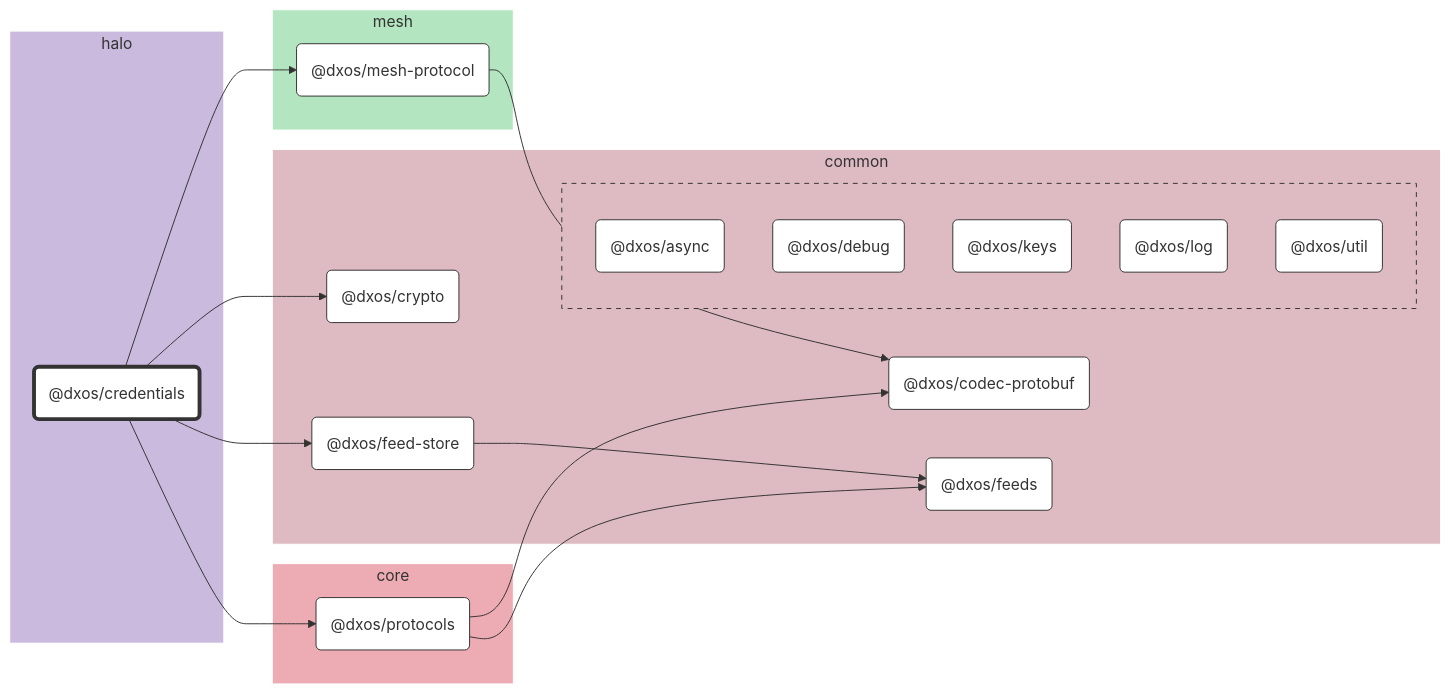
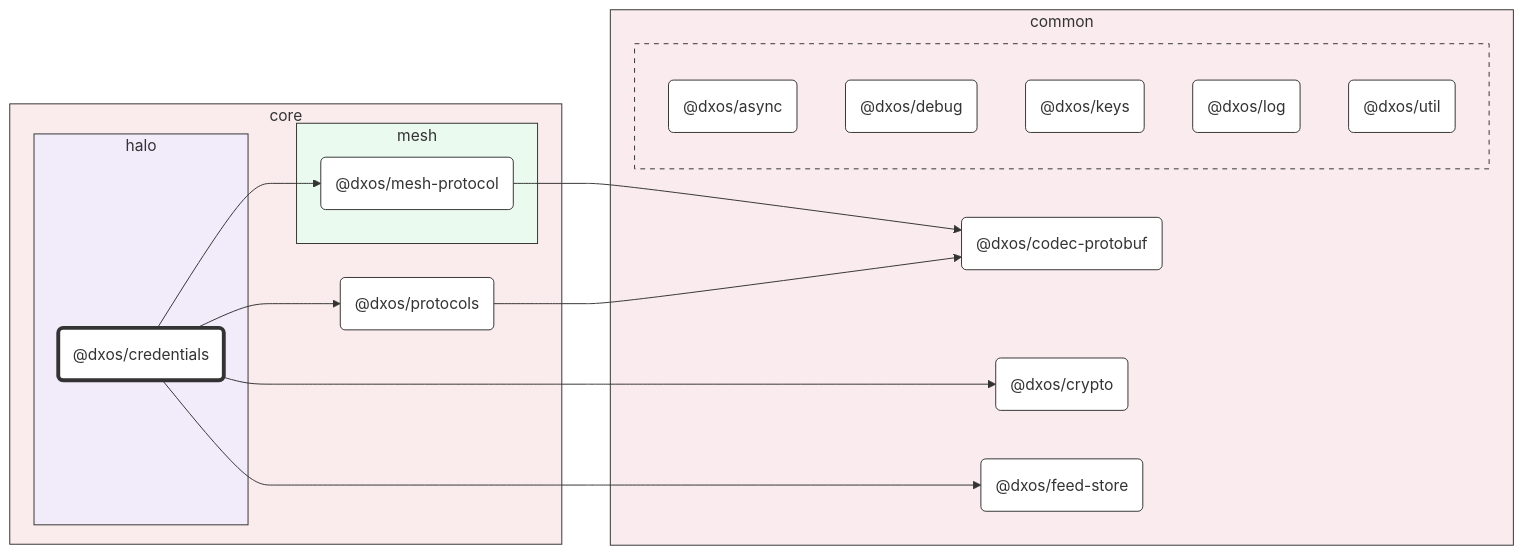
The diagram in packages/core/halo/credentials/docs/README.md (dxos/dxos), drawn with Mermaid before and after one commit. The commit also changed other lines of this file and 93 other files, not shown here.

First line of the commit message:
chore: hierarchical graphs. (#1583)

````diff
--- a/packages/core/halo/credentials/docs/README.md
+++ b/packages/core/halo/credentials/docs/README.md
@@ -7,66 +7,62 @@
 ```mermaid
 %%{ init: {'flowchart':{'curve':'basis'}} }%%
 
 flowchart LR
 
 %% Classes
 classDef def fill:#fff,stroke:#333,stroke-width:1px
 classDef root fill:#fff,stroke:#333,stroke-width:4px
 
 %% Nodes
 
-subgraph halo [halo]
-  style halo fill:#cabade,stroke:#fff
-  dxos/credentials("@dxos/credentials"):::root
-  click dxos/credentials "dxos/dxos/tree/main/packages/core/halo/credentials/docs"
+subgraph core [core]
+  style core fill:#faebec,stroke:#333
+  dxos/protocols("@dxos/protocols"):::def
+  click dxos/protocols "dxos/dxos/tree/main/packages/core/protocols/docs"
+
+  subgraph halo [halo]
+    style halo fill:#f1ebfa,stroke:#333
+    dxos/credentials("@dxos/credentials"):::root
+    click dxos/credentials "dxos/dxos/tree/main/packages/core/halo/credentials/docs"
+  end
+
+  subgraph mesh [mesh]
+    style mesh fill:#ebfaef,stroke:#333
+    dxos/mesh-protocol("@dxos/mesh-protocol"):::def
+    click dxos/mesh-protocol "dxos/dxos/tree/main/packages/core/mesh/mesh-protocol/docs"
+  end
 end
 
 subgraph common [common]
-  style common fill:#debac2,stroke:#fff
+  style common fill:#faebee,stroke:#333
   dxos/codec-protobuf("@dxos/codec-protobuf"):::def
   click dxos/codec-protobuf "dxos/dxos/tree/main/packages/common/codec-protobuf/docs"
   dxos/crypto("@dxos/crypto"):::def
   click dxos/crypto "dxos/dxos/tree/main/packages/common/crypto/docs"
   dxos/feed-store("@dxos/feed-store"):::def
   click dxos/feed-store "dxos/dxos/tree/main/packages/common/feed-store/docs"
-  dxos/feeds("@dxos/feeds"):::def
-  click dxos/feeds "dxos/dxos/tree/main/packages/common/feeds/docs"
 
-  subgraph common-excluded [ ]
-    style common-excluded fill:#debac2,stroke:#333,stroke-dasharray:5 5
+  subgraph _ [ ]
+    style _ fill:#faebee,stroke:#333,stroke-dasharray:5 5
     dxos/async("@dxos/async"):::def
     click dxos/async "dxos/dxos/tree/main/packages/common/async/docs"
     dxos/debug("@dxos/debug"):::def
     click dxos/debug "dxos/dxos/tree/main/packages/common/debug/docs"
     dxos/keys("@dxos/keys"):::def
     click dxos/keys "dxos/dxos/tree/main/packages/common/keys/docs"
     dxos/log("@dxos/log"):::def
     click dxos/log "dxos/dxos/tree/main/packages/common/log/docs"
     dxos/util("@dxos/util"):::def
     click dxos/util "dxos/dxos/tree/main/packages/common/util/docs"
   end
 end
 
-subgraph mesh [mesh]
-  style mesh fill:#b3e6c0,stroke:#fff
-  dxos/mesh-protocol("@dxos/mesh-protocol"):::def
-  click dxos/mesh-protocol "dxos/dxos/tree/main/packages/core/mesh/mesh-protocol/docs"
-end
-
-subgraph core [core]
-  style core fill:#edabb3,stroke:#fff
-  dxos/protocols("@dxos/protocols"):::def
-  click dxos/protocols "dxos/dxos/tree/main/packages/core/protocols/docs"
-end
-
 %% Links
 linkStyle default stroke:#333,stroke-width:1px
 dxos/credentials --> dxos/crypto
 dxos/credentials --> dxos/feed-store
-dxos/feed-store --> dxos/feeds
 dxos/credentials --> dxos/mesh-protocol
 dxos/mesh-protocol --> dxos/codec-protobuf
 dxos/credentials --> dxos/protocols
 dxos/protocols --> dxos/codec-protobuf
-dxos/protocols --> dxos/feeds
 ```
````
